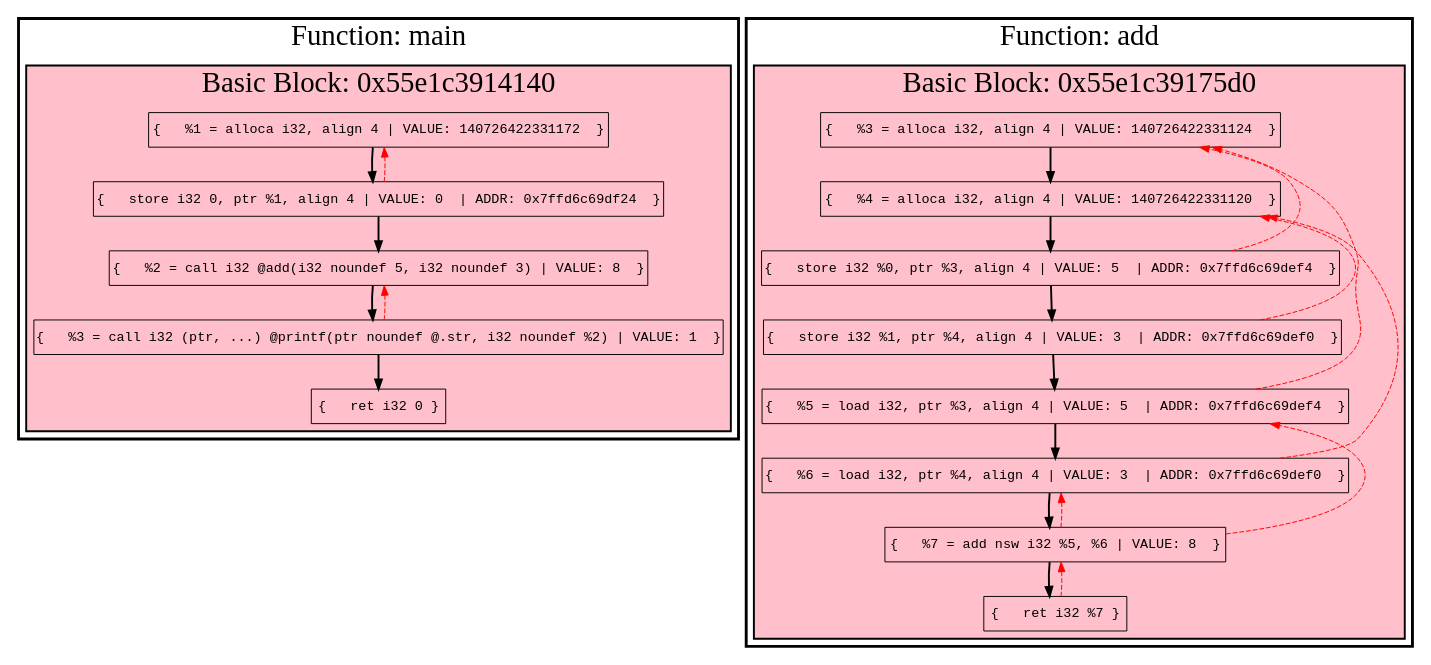
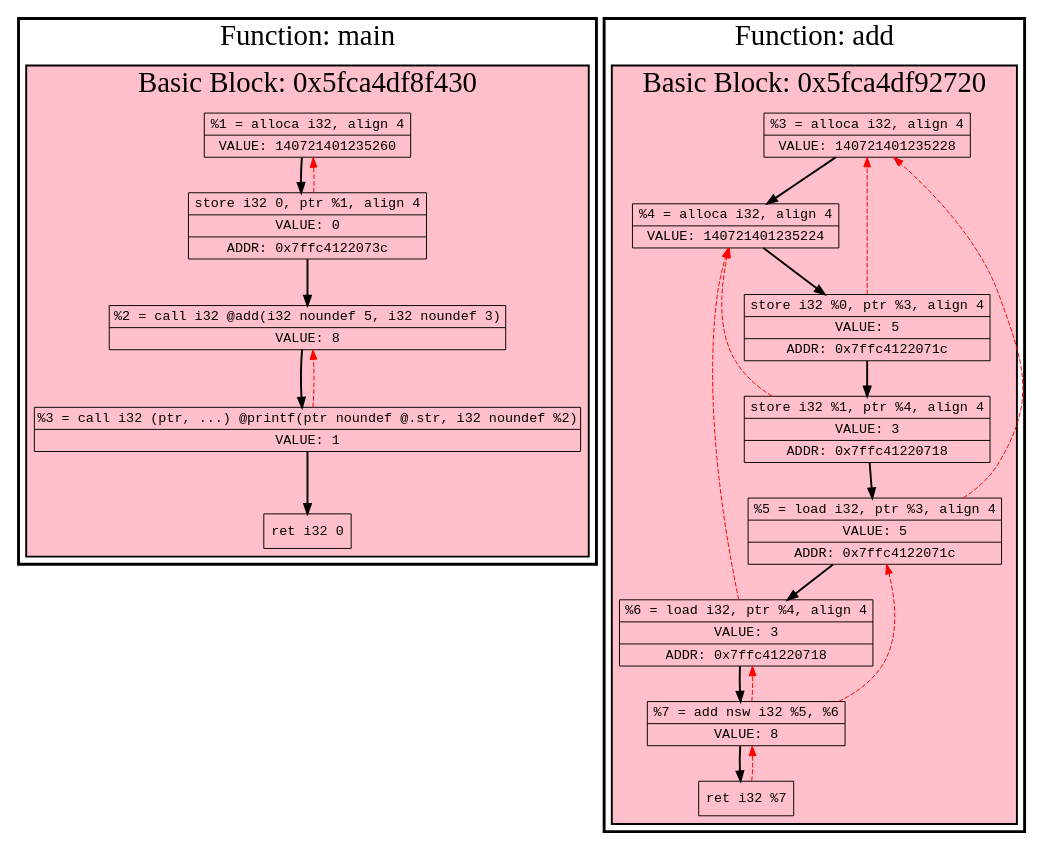
Before and after one commit to Bebriali/pass_plugin: the diagram in log/dot/final.dot, drawn with Graphviz. The commit also changed 16 other files, not shown here.

```diff
--- a/log/dot/final.dot
+++ b/log/dot/final.dot
@@ -1,82 +1,55 @@
 digraph "def-use" {
   compound=true;
-  node [shape=box, fontname="Courier"];
+  node [shape=record, fontname="Courier"];
   subgraph "cluster_main" {
     label = "Function: main";
-    fontsize = 30;
-    fontname = "Arial Bold";
-    style = filled;
-    color = black;
-    fillcolor = white;
-    penwidth = 3.0;
-  subgraph "cluster_0x55e1c3914140" {
-    label = "Basic Block: 0x55e1c3914140";
-    style = filled;
-    color = black;
-    penwidth = 2.0;
-    fillcolor = pink;
-// Instruction:   %1 = alloca i32, align 4
-    "inst_0" [label="{   %1 = alloca i32, align 4 | VALUE: 140726422331172  }"];
-// Instruction:   store i32 0, ptr %1, align 4
-    "inst_1" [label="{   store i32 0, ptr %1, align 4 | VALUE: 0  | ADDR: 0x7ffd6c69df24  }"];
-    "inst_0" -> "inst_1" [style=bold];
-    "inst_1" -> "inst_0" [style=dashed, color=red, constraint=false];
-// Instruction:   %2 = call i32 @add(i32 noundef 5, i32 noundef 3)
+    fontsize = 30; fontname = "Arial Bold";
+    style = filled; color = black; fillcolor = white; penwidth = 3.0;
+  subgraph "cluster_0x5fca4df8f430" {
+    label = "Basic Block: 0x5fca4df8f430";
+    style = filled; color = black; penwidth = 2.0; fillcolor = pink;
+    "inst_0" [label="{   %1 = alloca i32, align 4 | VALUE: 140721401235260  }"];
+    "inst_1" [label="{   store i32 0, ptr %1, align 4 | VALUE: 0  | ADDR: 0x7ffc4122073c  }"];
+    "inst_0" -> "inst_1" [style=bold, color=black];
+    "inst_1" -> "inst_0" [style=dashed, color=red];
     "inst_2" [label="{   %2 = call i32 @add(i32 noundef 5, i32 noundef 3) | VALUE: 8  }"];
-    "inst_1" -> "inst_2" [style=bold];
-// Instruction:   %3 = call i32 (ptr, ...) @printf(ptr noundef @.str, i32 noundef %2)
+    "inst_1" -> "inst_2" [style=bold, color=black];
     "inst_3" [label="{   %3 = call i32 (ptr, ...) @printf(ptr noundef @.str, i32 noundef %2) | VALUE: 1  }"];
-    "inst_2" -> "inst_3" [style=bold];
-    "inst_3" -> "inst_2" [style=dashed, color=red, constraint=false];
-// Instruction:   ret i32 0
+    "inst_2" -> "inst_3" [style=bold, color=black];
+    "inst_3" -> "inst_2" [style=dashed, color=red];
     "inst_4" [label="{   ret i32 0 }"];
-    "inst_3" -> "inst_4" [style=bold];
-  } // basic block 0x55e1c3914140subgraph
-  } // functional subgraphmain
+    "inst_3" -> "inst_4" [style=bold, color=black];
+  }
+  }
   subgraph "cluster_add" {
     label = "Function: add";
-    fontsize = 30;
-    fontname = "Arial Bold";
-    style = filled;
-    color = black;
-    fillcolor = white;
-    penwidth = 3.0;
-  subgraph "cluster_0x55e1c39175d0" {
-    label = "Basic Block: 0x55e1c39175d0";
-    style = filled;
-    color = black;
-    penwidth = 2.0;
-    fillcolor = pink;
-// Instruction:   %3 = alloca i32, align 4
-    "inst_5" [label="{   %3 = alloca i32, align 4 | VALUE: 140726422331124  }"];
-// Instruction:   %4 = alloca i32, align 4
-    "inst_6" [label="{   %4 = alloca i32, align 4 | VALUE: 140726422331120  }"];
-    "inst_5" -> "inst_6" [style=bold];
-// Instruction:   store i32 %0, ptr %3, align 4
-    "inst_7" [label="{   store i32 %0, ptr %3, align 4 | VALUE: 5  | ADDR: 0x7ffd6c69def4  }"];
-    "inst_6" -> "inst_7" [style=bold];
-    "inst_7" -> "inst_5" [style=dashed, color=red, constraint=false];
-// Instruction:   store i32 %1, ptr %4, align 4
-    "inst_8" [label="{   store i32 %1, ptr %4, align 4 | VALUE: 3  | ADDR: 0x7ffd6c69def0  }"];
-    "inst_7" -> "inst_8" [style=bold];
-    "inst_8" -> "inst_6" [style=dashed, color=red, constraint=false];
-// Instruction:   %5 = load i32, ptr %3, align 4
-    "inst_9" [label="{   %5 = load i32, ptr %3, align 4 | VALUE: 5  | ADDR: 0x7ffd6c69def4  }"];
-    "inst_8" -> "inst_9" [style=bold];
-    "inst_9" -> "inst_5" [style=dashed, color=red, constraint=false];
-// Instruction:   %6 = load i32, ptr %4, align 4
-    "inst_10" [label="{   %6 = load i32, ptr %4, align 4 | VALUE: 3  | ADDR: 0x7ffd6c69def0  }"];
-    "inst_9" -> "inst_10" [style=bold];
-    "inst_10" -> "inst_6" [style=dashed, color=red, constraint=false];
-// Instruction:   %7 = add nsw i32 %5, %6
+    fontsize = 30; fontname = "Arial Bold";
+    style = filled; color = black; fillcolor = white; penwidth = 3.0;
+  subgraph "cluster_0x5fca4df92720" {
+    label = "Basic Block: 0x5fca4df92720";
+    style = filled; color = black; penwidth = 2.0; fillcolor = pink;
+    "inst_5" [label="{   %3 = alloca i32, align 4 | VALUE: 140721401235228  }"];
+    "inst_6" [label="{   %4 = alloca i32, align 4 | VALUE: 140721401235224  }"];
+    "inst_5" -> "inst_6" [style=bold, color=black];
+    "inst_7" [label="{   store i32 %0, ptr %3, align 4 | VALUE: 5  | ADDR: 0x7ffc4122071c  }"];
+    "inst_6" -> "inst_7" [style=bold, color=black];
+    "inst_7" -> "inst_5" [style=dashed, color=red];
+    "inst_8" [label="{   store i32 %1, ptr %4, align 4 | VALUE: 3  | ADDR: 0x7ffc41220718  }"];
+    "inst_7" -> "inst_8" [style=bold, color=black];
+    "inst_8" -> "inst_6" [style=dashed, color=red];
+    "inst_9" [label="{   %5 = load i32, ptr %3, align 4 | VALUE: 5  | ADDR: 0x7ffc4122071c  }"];
+    "inst_8" -> "inst_9" [style=bold, color=black];
+    "inst_9" -> "inst_5" [style=dashed, color=red];
+    "inst_10" [label="{   %6 = load i32, ptr %4, align 4 | VALUE: 3  | ADDR: 0x7ffc41220718  }"];
+    "inst_9" -> "inst_10" [style=bold, color=black];
+    "inst_10" -> "inst_6" [style=dashed, color=red];
     "inst_11" [label="{   %7 = add nsw i32 %5, %6 | VALUE: 8  }"];
-    "inst_10" -> "inst_11" [style=bold];
-    "inst_11" -> "inst_9" [style=dashed, color=red, constraint=false];
-    "inst_11" -> "inst_10" [style=dashed, color=red, constraint=false];
-// Instruction:   ret i32 %7
+    "inst_10" -> "inst_11" [style=bold, color=black];
+    "inst_11" -> "inst_9" [style=dashed, color=red];
+    "inst_11" -> "inst_10" [style=dashed, color=red];
     "inst_12" [label="{   ret i32 %7 }"];
-    "inst_11" -> "inst_12" [style=bold];
-    "inst_12" -> "inst_11" [style=dashed, color=red, constraint=false];
-  } // basic block 0x55e1c39175d0subgraph
-  } // functional subgraphadd
-} // def-use
+    "inst_11" -> "inst_12" [style=bold, color=black];
+    "inst_12" -> "inst_11" [style=dashed, color=red];
+  }
+  }
+}
```
